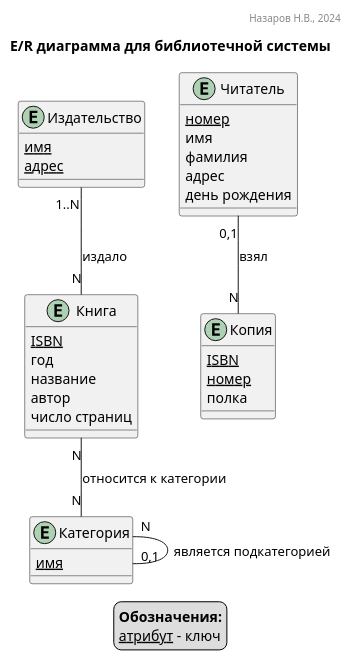
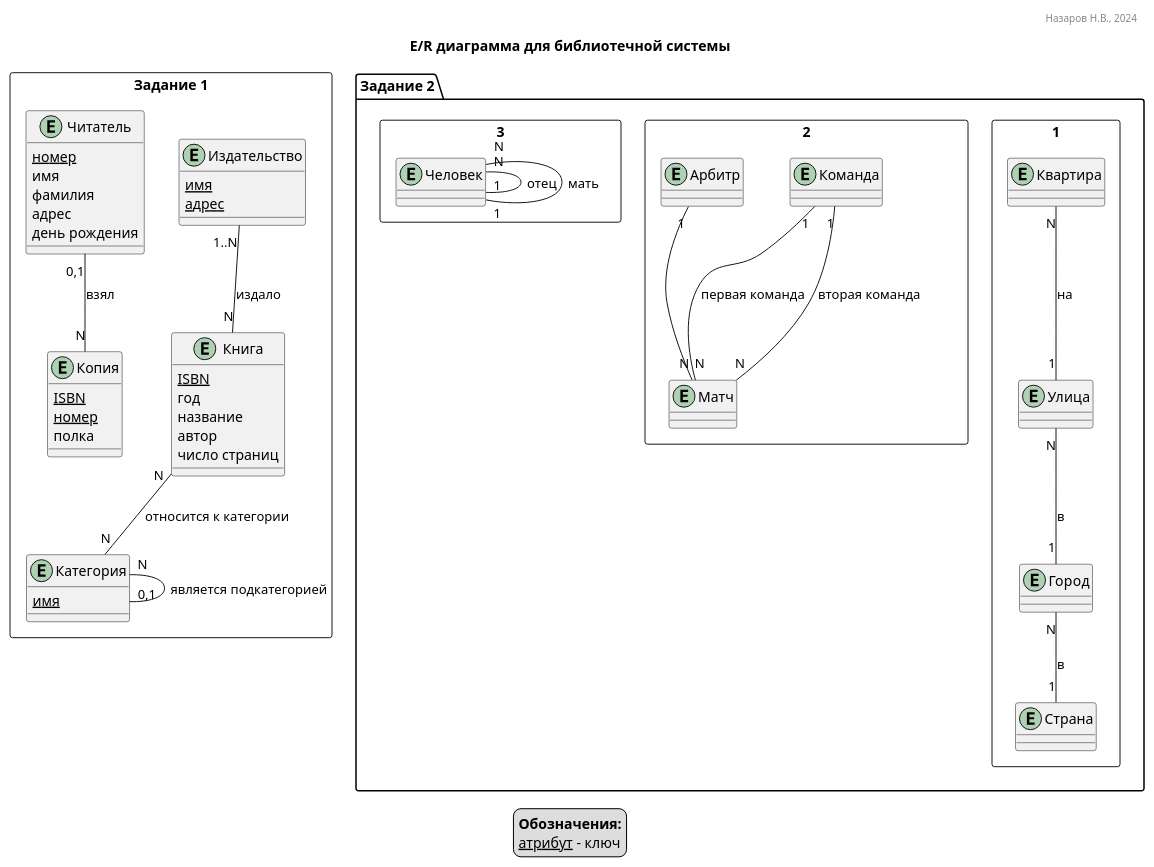
One commit to nvnazarov/c3-db changed the diagram in sem_02.puml. Above: the diagram before and after it, drawn with PlantUML.

Commit message:
Part 2 of HW #2 done

```diff
--- a/sem_02.puml
+++ b/sem_02.puml
@@ -1,51 +1,93 @@
 @startuml libsys
 
 title E/R диаграмма для библиотечной системы
 header Назаров Н.В., 2024
 
 legend
     <b>Обозначения:</b>
     <u>атрибут</u> - ключ
 endlegend
+
+' Task 1
+
+rectangle "Задание 1" {
 
 ' Entities
 
 entity Издательство {
     <u>имя</u>
     <u>адрес</u>
 }
 
 entity Книга {
     <u>ISBN</u>
     год
     название
     автор
     число страниц
 }
 
 entity Копия {
     <u>ISBN</u>
     <u>номер</u>
     полка
 }
 
 entity Категория {
     <u>имя</u>
 }
 
 entity Читатель {
     <u>номер</u>
     имя
     фамилия
     адрес
     день рождения
 }
 
 ' Relationships
 
 Издательство "1..N" -- "N" Книга : издало
 Книга "N" -- "N" Категория : относится к категории
 Читатель "0,1" -- "N" Копия : взял
 Категория "N" -- "0,1" Категория : является подкатегорией
 
+}
+
+' Task 2
+
+rectangle "Задание 2.1" {
+
+entity Страна
+entity Город
+entity Улица
+entity Квартира
+
+Квартира "N" -- "1" Улица : на
+Улица "N" -- "1" Город : в
+Город "N" -- "1" Страна : в
+
+}
+
+rectangle "Задание 2.2" {
+
+entity Команда
+entity Арбитр
+entity Матч
+
+Команда "1" -- "N" Матч : первая команда
+Команда "1" -- "N" Матч : вторая команда
+Арбитр "1" -- "N" Матч
+
+}
+
+rectangle "Задание 2.3" {
+
+entity Человек
+
+Человек "N" -- "1" Человек : отец
+Человек "N" -- "1" Человек : мать
+
+}
+
 @enduml
```
